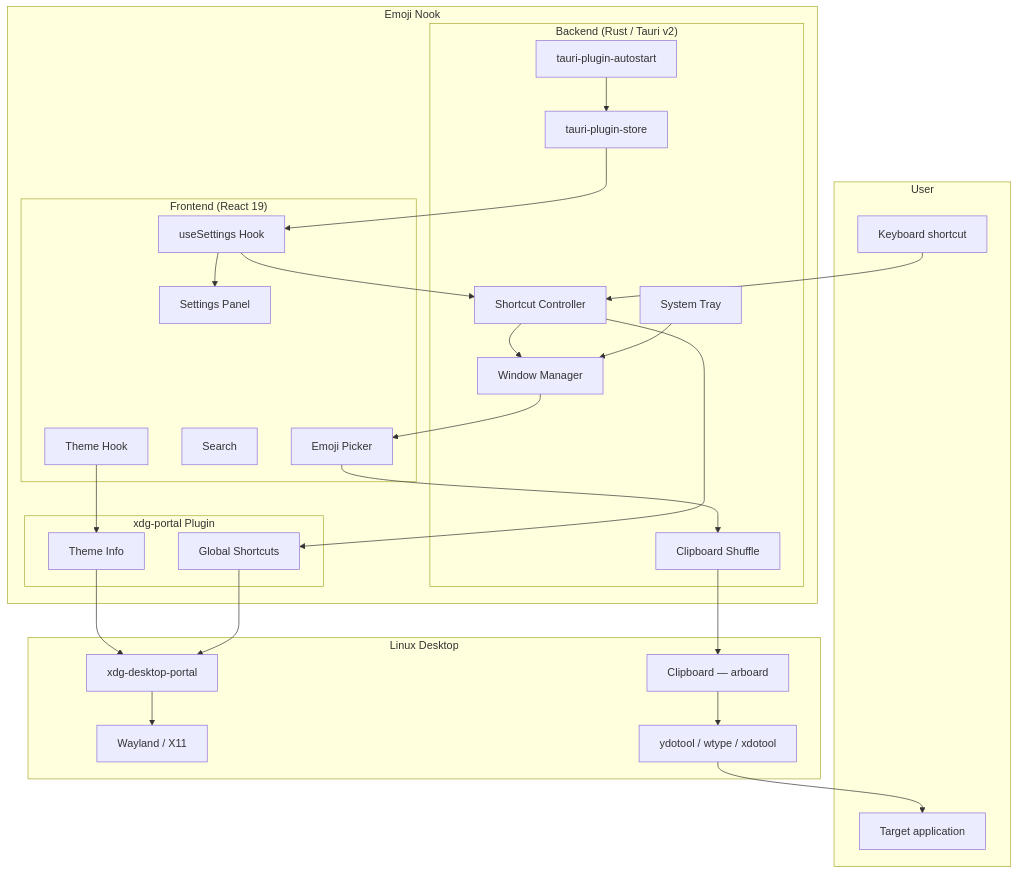
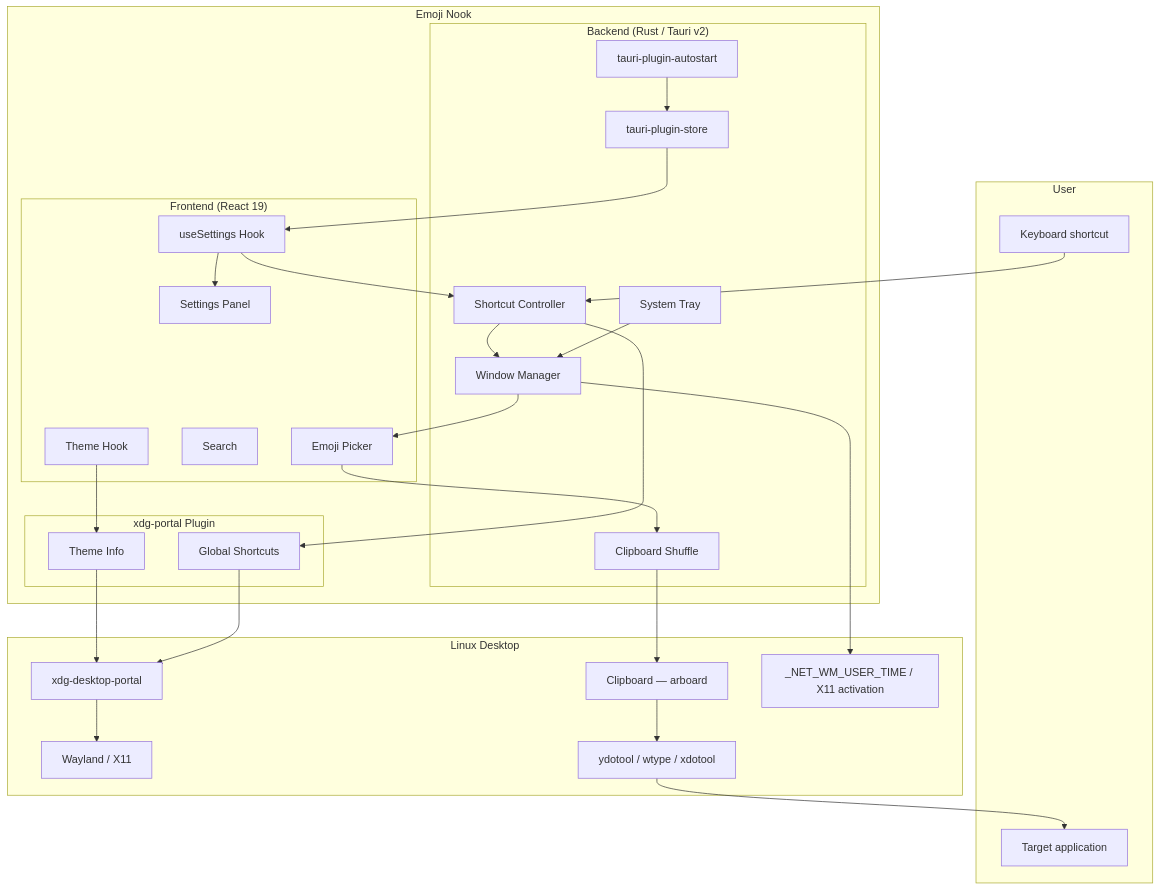
One commit to liminal-hq/emoji-nook changed the first of 10 diagrams in docs/architecture.md. Above: the diagram before and after it, drawn with Mermaid. The commit also changed other lines of this file and 5 other files, not shown here.

First line of the commit message:
fix: stamp X11 picker windows with native user time

````diff
--- a/docs/architecture.md
+++ b/docs/architecture.md
@@ -13,56 +13,58 @@
 ```mermaid
 graph TB
     subgraph User
         KB[Keyboard shortcut]
         APP[Target application]
     end
 
     subgraph EmojiNook["Emoji Nook"]
         subgraph Frontend["Frontend (React 19)"]
             Picker[Emoji Picker]
             Search[Search]
             Theme[Theme Hook]
             Settings[Settings Panel]
             SettingsHook[useSettings Hook]
         end
 
         subgraph Backend["Backend (Rust / Tauri v2)"]
             WM[Window Manager]
             SC[Shortcut Controller]
             INJ[Clipboard Shuffle]
             Tray[System Tray]
             Store[tauri-plugin-store]
             Auto[tauri-plugin-autostart]
         end
 
         subgraph Plugin["xdg-portal Plugin"]
             GS[Global Shortcuts]
             TH[Theme Info]
         end
     end
 
     subgraph System["Linux Desktop"]
         Portal[xdg-desktop-portal]
         Compositor[Wayland / X11]
         CB[Clipboard — arboard]
         Tools[ydotool / wtype / xdotool]
+        WMHints[_NET_WM_USER_TIME / X11 activation]
     end
 
     KB --> SC
     SC --> WM
     WM --> Picker
+    WM --> WMHints
     Picker --> INJ
     INJ --> CB
     CB --> Tools
     Tools --> APP
     Theme --> TH
     TH --> Portal
     GS --> Portal
     SC --> GS
     Portal --> Compositor
     Tray --> WM
     Store --> SettingsHook
     SettingsHook --> Settings
     SettingsHook --> SC
     Auto --> Store
 ```
````
